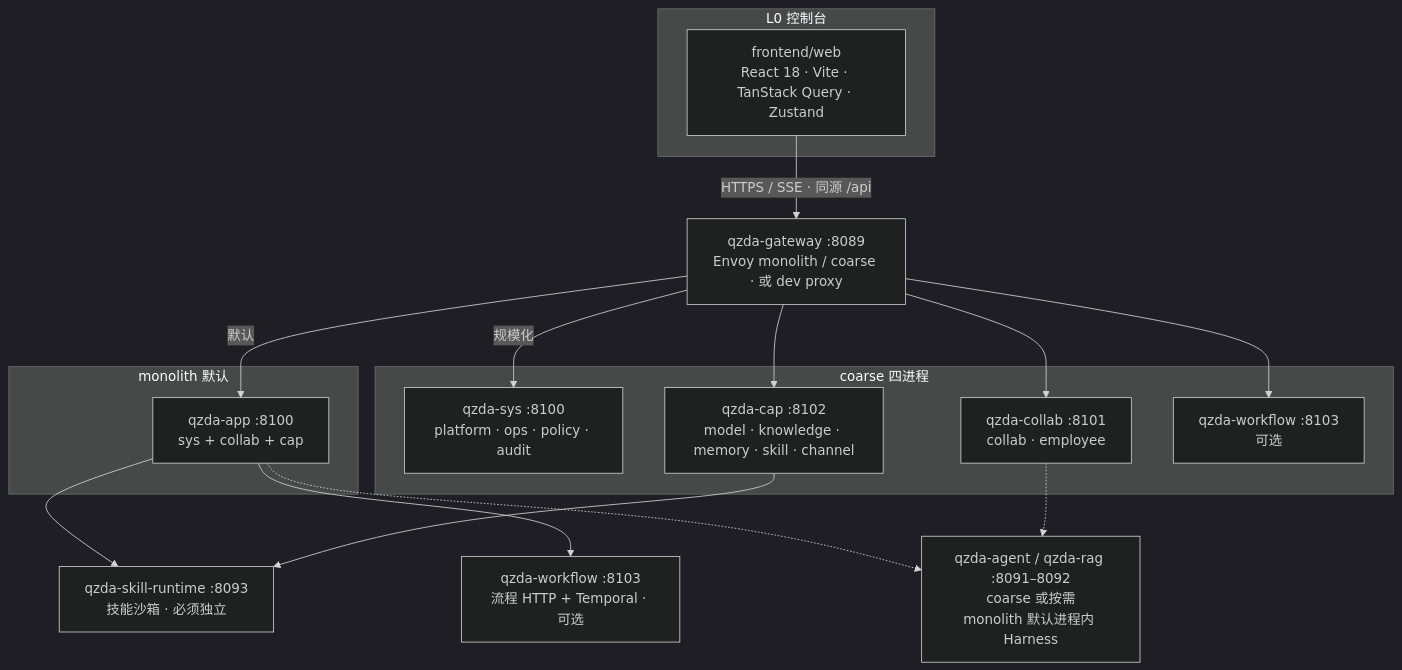
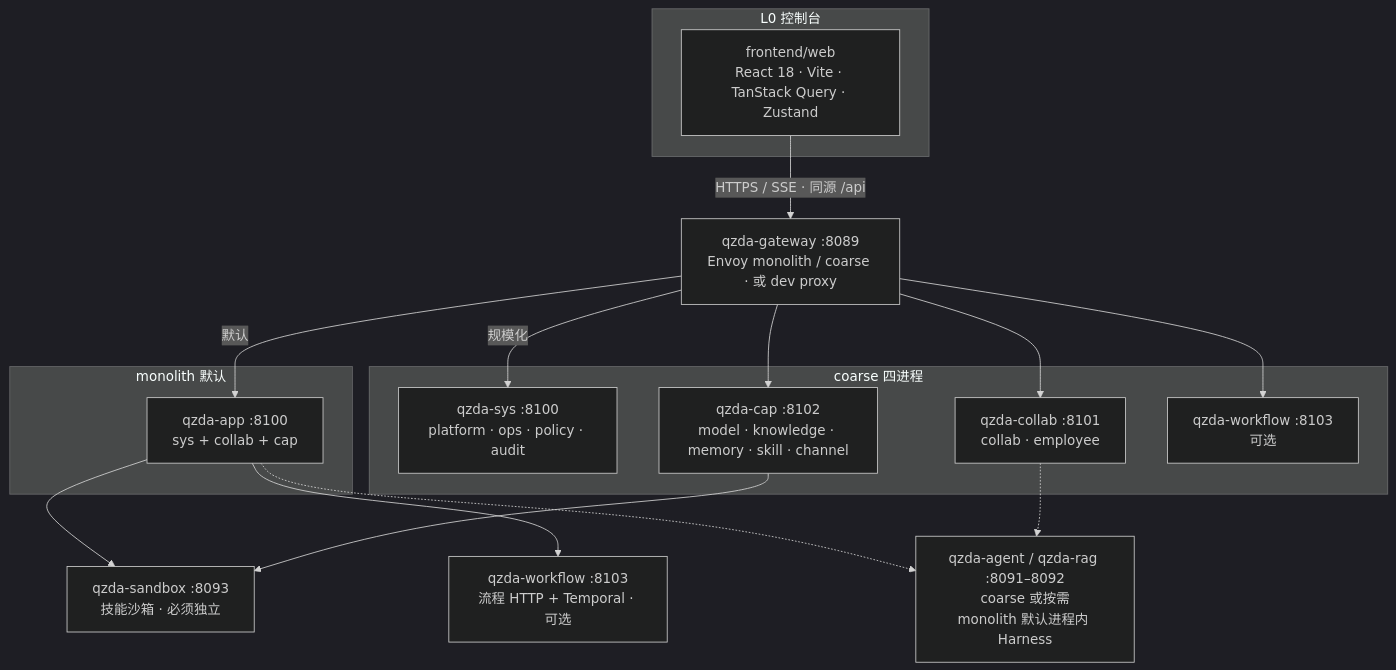
One commit to Lianjifu/QiZhiDaPartnerPlatform changed the third of 5 diagrams in README.md. Above: the diagram before and after it, drawn with Mermaid (dark theme). The commit also changed other lines of this file and 69 other files, not shown here.

````diff
--- a/README.md
+++ b/README.md
@@ -377,37 +377,37 @@
 ```mermaid
 flowchart TB
   subgraph Console["L0 控制台"]
     FE["frontend/web<br/>React 18 · Vite · TanStack Query · Zustand"]
   end
 
   GW["qzda-gateway :8089<br/>Envoy monolith / coarse · 或 dev proxy"]
 
   FE -->|"HTTPS / SSE · 同源 /api"| GW
 
   subgraph Mono["monolith 默认"]
     APP["qzda-app :8100<br/>sys + collab + cap"]
   end
 
   subgraph Coarse["coarse 四进程"]
     SYS["qzda-sys :8100<br/>platform · ops · policy · audit"]
     COL["qzda-collab :8101<br/>collab · employee"]
     CAP["qzda-cap :8102<br/>model · knowledge · memory · skill · channel"]
     WFc["qzda-workflow :8103<br/>可选"]
   end
 
-  SKILL["qzda-skill-runtime :8093<br/>技能沙箱 · 必须独立"]
+  SKILL["qzda-sandbox :8093<br/>技能沙箱 · 必须独立"]
   WFm["qzda-workflow :8103<br/>流程 HTTP + Temporal · 可选"]
   AI["qzda-agent / qzda-rag :8091–8092<br/>coarse 或按需<br/>monolith 默认进程内 Harness"]
 
   GW -->|"默认"| APP
   GW -->|"规模化"| SYS
   GW --> COL
   GW --> CAP
   GW --> WFc
 
   APP --> SKILL
   APP --> WFm
   APP -.-> AI
   CAP --> SKILL
   COL -.-> AI
 ```
````
